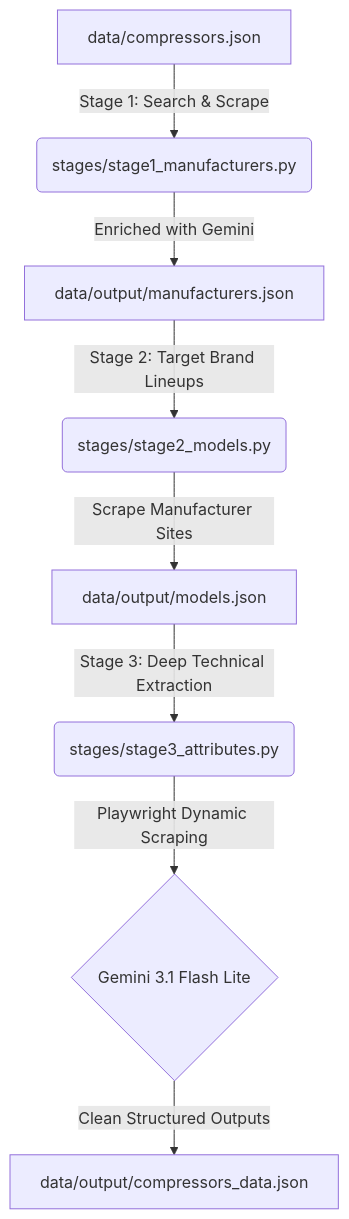
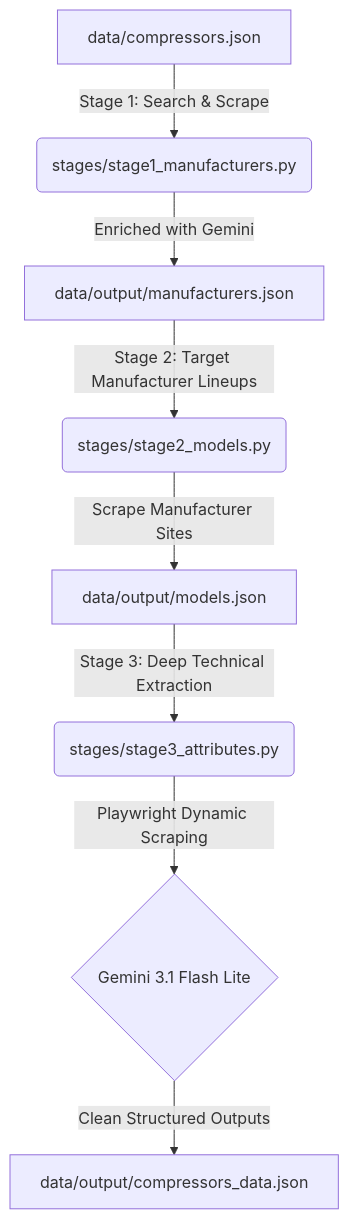
The diagram in Equipment/CRAWLER_DOCUMENTATION.md (Anshdeep/Pump-Crawler), drawn with Mermaid before and after one commit. The commit also changed other lines of this file and 26 other files, not shown here.

````diff
--- a/Equipment/CRAWLER_DOCUMENTATION.md
+++ b/Equipment/CRAWLER_DOCUMENTATION.md
@@ -16,12 +16,12 @@
 ```mermaid
 graph TD
     A[data/compressors.json] -->|Stage 1: Search & Scrape| B(stages/stage1_manufacturers.py)
     B -->|Enriched with Gemini| C[data/output/manufacturers.json]
     
-    C -->|Stage 2: Target Brand Lineups| D(stages/stage2_models.py)
+    C -->|Stage 2: Target Manufacturer Lineups| D(stages/stage2_models.py)
     D -->|Scrape Manufacturer Sites| E[data/output/models.json]
     
     E -->|Stage 3: Deep Technical Extraction| F(stages/stage3_attributes.py)
     F -->|Playwright Dynamic Scraping| G{Gemini 3.1 Flash Lite}
     G -->|Clean Structured Outputs| H[data/output/compressors_data.json]
 ```
````
